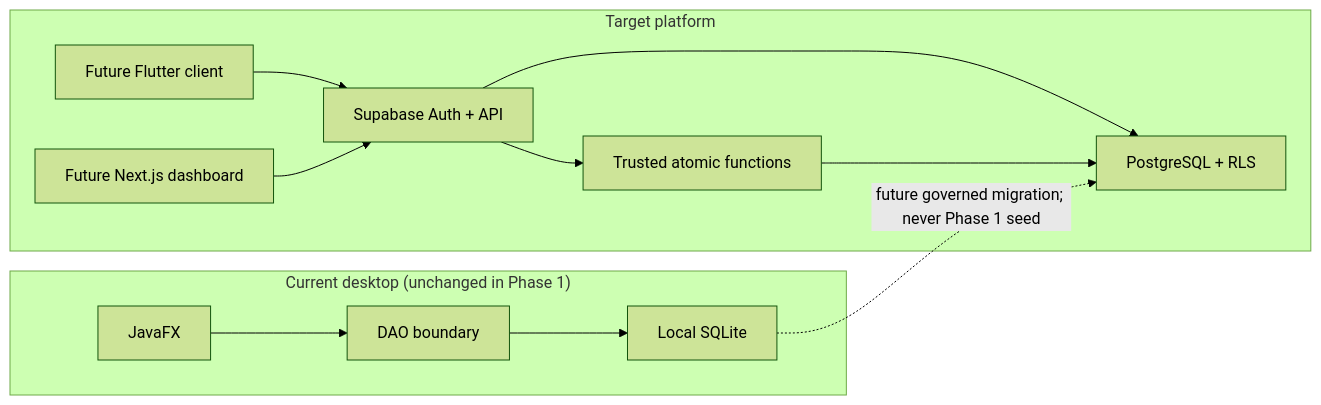
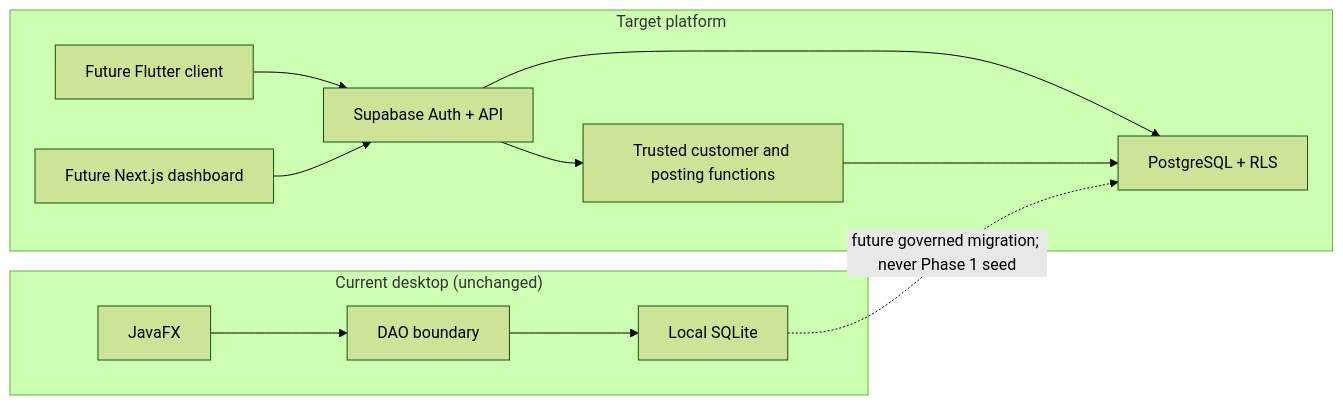
The diagram in docs/architecture.md (yash200508/credit-accounting), drawn with Mermaid (forest theme) before and after one commit. The commit also changed other lines of this file and 23 other files, not shown here.

First line of the commit message:
Phase 2A: add secure credit posting core (#9)

````diff
--- a/docs/architecture.md
+++ b/docs/architecture.md
@@ -7,17 +10,17 @@
 ```mermaid
 flowchart LR
-    subgraph Current["Current desktop (unchanged in Phase 1)"]
+    subgraph Current["Current desktop (unchanged)"]
         J["JavaFX"] --> D["DAO boundary"]
         D --> S["Local SQLite"]
     end
 
     subgraph Target["Target platform"]
         F["Future Flutter client"] --> A["Supabase Auth + API"]
         N["Future Next.js dashboard"] --> A
         A --> P["PostgreSQL + RLS"]
-        A --> X["Trusted atomic functions"]
+        A --> X["Trusted customer and posting functions"]
         X --> P
     end
 
     S -. "future governed migration; never Phase 1 seed" .-> P
 ```
````
